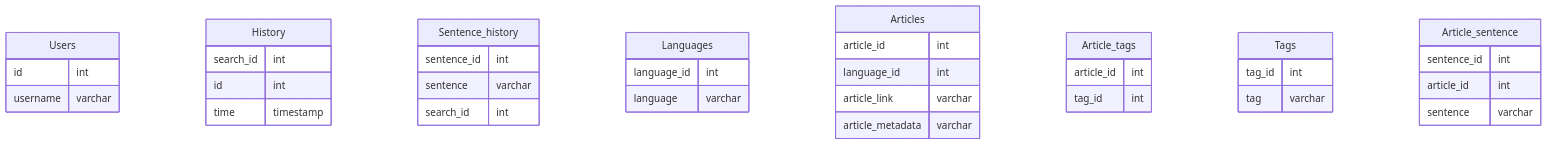
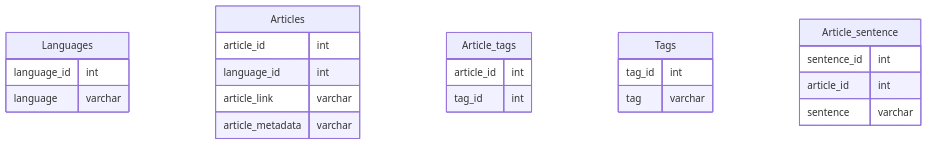
The second of 2 diagrams in README.md (MASHOD0/Plagarism_checker_application), drawn with Mermaid before and after one commit.

Commit message:
modified schema

````diff
--- a/README.md
+++ b/README.md
@@ -6,46 +24,28 @@
 ```mermaid
- erDiagram 
-Users{
-    id int
-    username varchar
-}
-
-History{
-  search_id int 
-  id int
-  time timestamp
-}
-Sentence_history{
-  sentence_id int 
-  sentence varchar
-  search_id int
-}
+erDiagram
 Languages{
   language_id int 
   language varchar
 }
+
+
 Articles{
   article_id int 
   language_id int
   article_link varchar
   article_metadata varchar
 }
 Article_tags{
   article_id int
   tag_id int
 }
 Tags{
   tag_id int 
   tag varchar
 }
 Article_sentence{
   sentence_id int 
   article_id int
   sentence varchar
 }
-  
-
-
-
-
 ```
````
